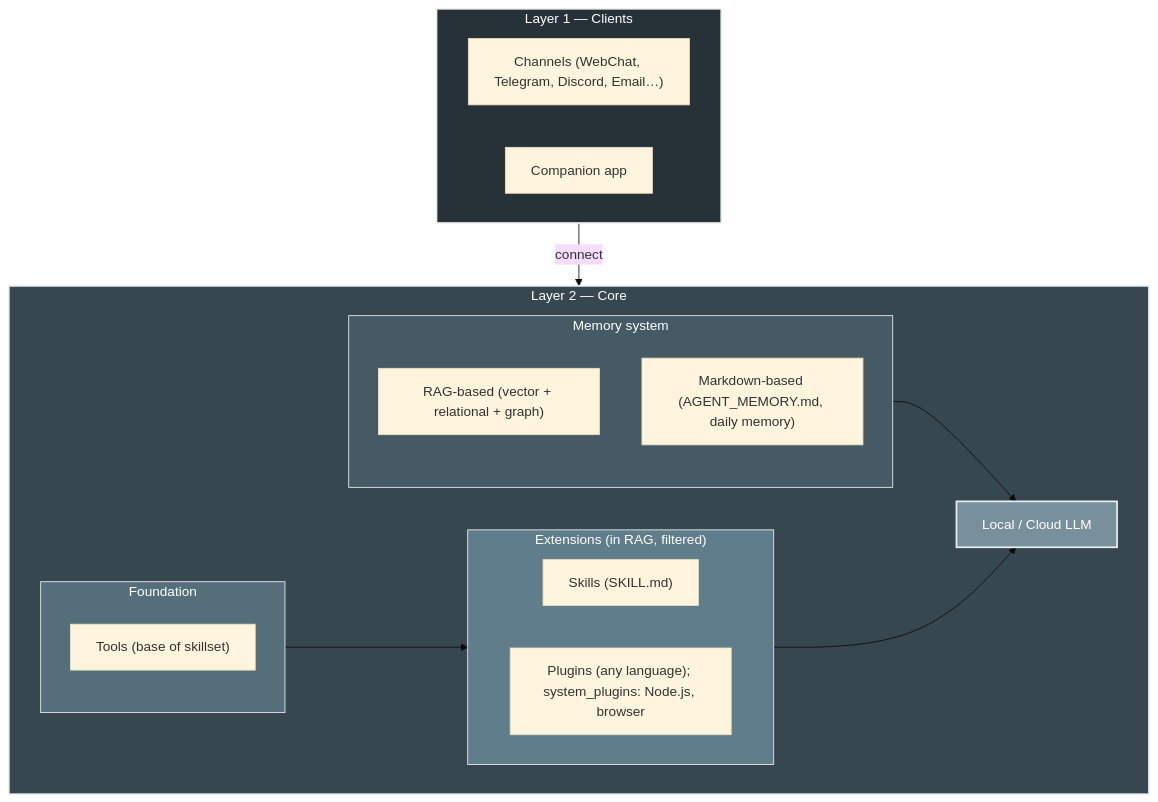
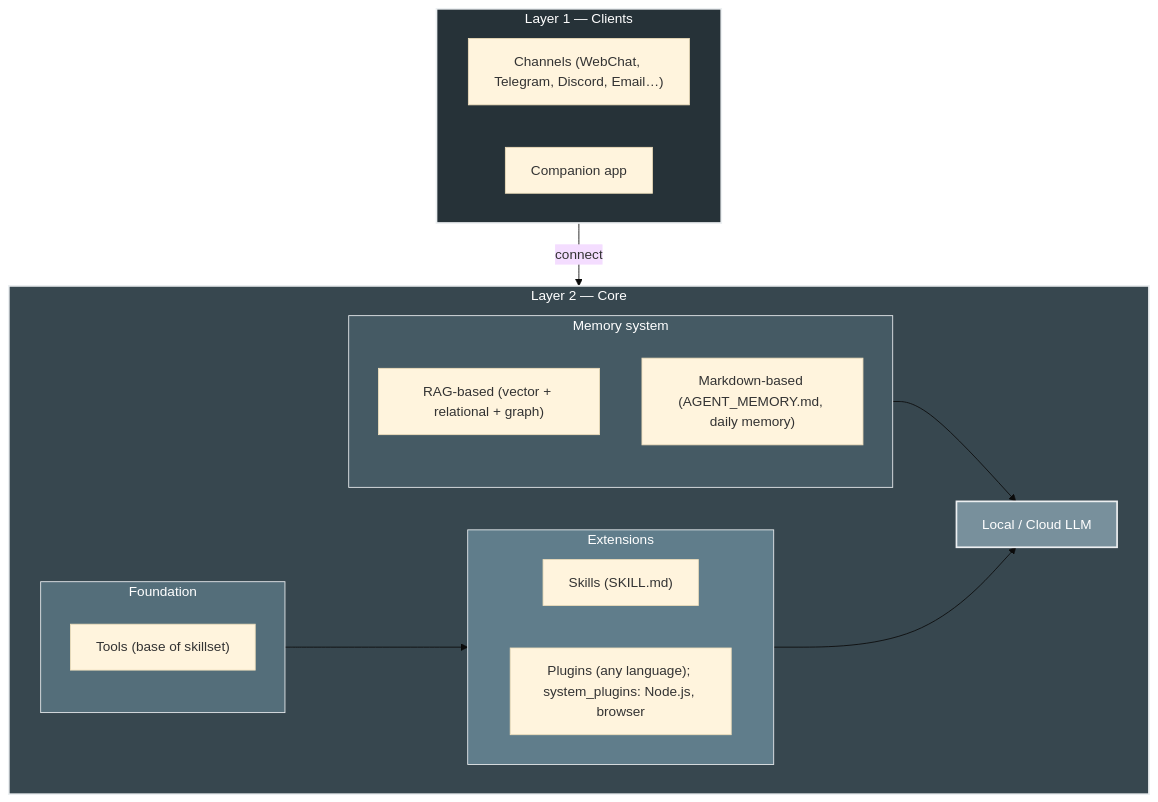
One commit to allenpeng0705/HomeClaw changed the first of 3 diagrams in README.md. Above: the diagram before and after it, drawn with Mermaid (base theme).

````diff
--- a/README.md
+++ b/README.md
@@ -56,36 +56,36 @@
 ```mermaid
 flowchart TB
   subgraph Clients["Layer 1 — Clients"]
     direction LR
     CH["Channels (WebChat, Telegram, Discord, Email…)"]
     APP["Companion app"]
   end
 
   subgraph Core["Layer 2 — Core"]
     subgraph Memory["Memory system"]
       RAG["RAG-based (vector + relational + graph)"]
       MD["Markdown-based (AGENT_MEMORY.md, daily memory)"]
     end
     subgraph Base["Foundation"]
       T["Tools (base of skillset)"]
     end
-    subgraph Ext["Extensions (in RAG, filtered)"]
+    subgraph Ext["Extensions"]
       direction LR
       S["Skills (SKILL.md)"]
       P["Plugins (any language); system_plugins: Node.js, browser"]
     end
     LLM["Local / Cloud LLM"]
   end
 
   Clients -->|"connect"| Core
   Memory --> LLM
   Base --> S
   Ext --> LLM
 
   style Clients fill:#263238,stroke:#eceff1,stroke-width:2px,color:#fff
   style Core fill:#37474f,stroke:#eceff1,stroke-width:2px,color:#fff
   style Memory fill:#455a64,stroke:#eceff1,stroke-width:1px,color:#fff
   style Base fill:#546e7a,stroke:#eceff1,stroke-width:1px,color:#fff
   style Ext fill:#607d8b,stroke:#eceff1,stroke-width:1px,color:#fff
   style LLM fill:#78909c,stroke:#eceff1,stroke-width:2px,color:#fff
 ```
````
